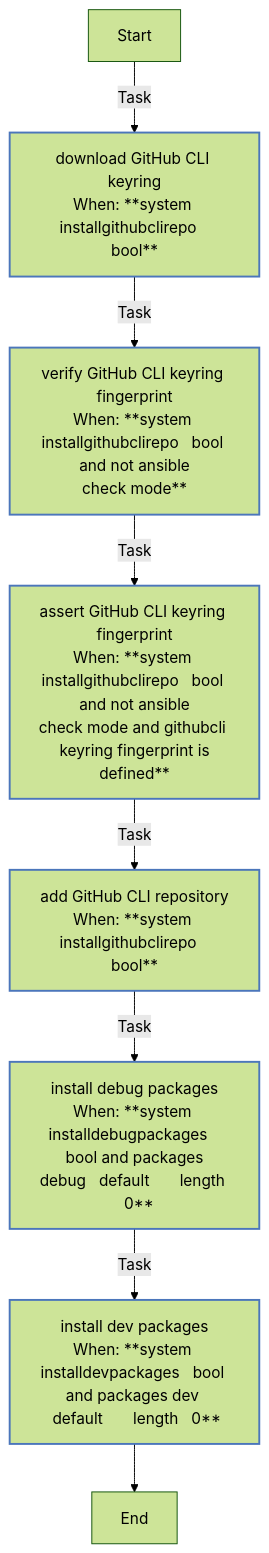
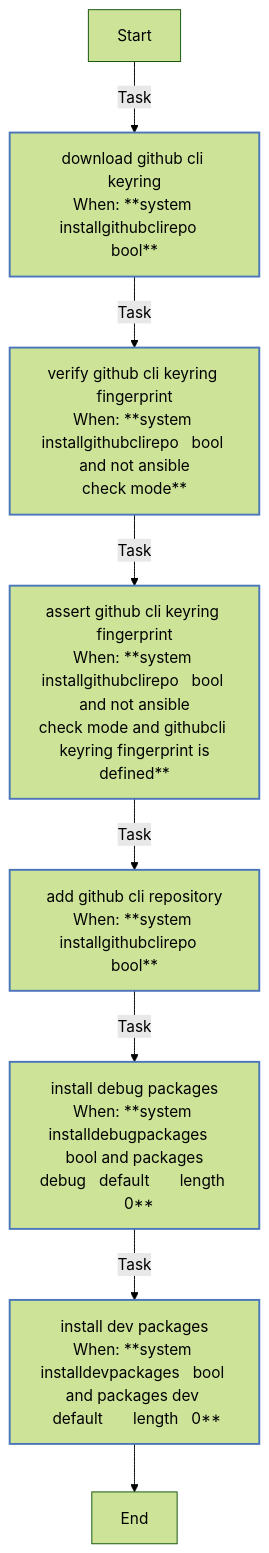
Before and after one commit to rou-cru/k3s-homelab: the second of 8 diagrams in roles/common/README.md, drawn with Mermaid (forest theme). The commit also changed other lines of this file and 57 other files, not shown here.

````diff
--- a/roles/common/README.md
+++ b/roles/common/README.md
@@ -392,20 +394,20 @@
 ```mermaid
 flowchart TD
 Start
 classDef block stroke:#3498db,stroke-width:2px;
 classDef task stroke:#4b76bb,stroke-width:2px;
 classDef includeTasks stroke:#16a085,stroke-width:2px;
 classDef importTasks stroke:#34495e,stroke-width:2px;
 classDef includeRole stroke:#2980b9,stroke-width:2px;
 classDef importRole stroke:#699ba7,stroke-width:2px;
 classDef includeVars stroke:#8e44ad,stroke-width:2px;
 classDef rescue stroke:#665352,stroke-width:2px;
 
-  Start-->|Task| Download_GitHub_CLI_keyring0[download GitHub CLI keyring<br>When: **system installgithubclirepo   bool**]:::task
-  Download_GitHub_CLI_keyring0-->|Task| Verify_GitHub_CLI_keyring_fingerprint1[verify GitHub CLI keyring fingerprint<br>When: **system installgithubclirepo   bool and not ansible<br>check mode**]:::task
-  Verify_GitHub_CLI_keyring_fingerprint1-->|Task| Assert_GitHub_CLI_keyring_fingerprint2[assert GitHub CLI keyring fingerprint<br>When: **system installgithubclirepo   bool and not ansible<br>check mode and githubcli keyring fingerprint is<br>defined**]:::task
-  Assert_GitHub_CLI_keyring_fingerprint2-->|Task| Add_GitHub_CLI_repository3[add GitHub CLI repository<br>When: **system installgithubclirepo   bool**]:::task
+  Start-->|Task| Download_GitHub_CLI_keyring0[download github cli keyring<br>When: **system installgithubclirepo   bool**]:::task
+  Download_GitHub_CLI_keyring0-->|Task| Verify_GitHub_CLI_keyring_fingerprint1[verify github cli keyring fingerprint<br>When: **system installgithubclirepo   bool and not ansible<br>check mode**]:::task
+  Verify_GitHub_CLI_keyring_fingerprint1-->|Task| Assert_GitHub_CLI_keyring_fingerprint2[assert github cli keyring fingerprint<br>When: **system installgithubclirepo   bool and not ansible<br>check mode and githubcli keyring fingerprint is<br>defined**]:::task
+  Assert_GitHub_CLI_keyring_fingerprint2-->|Task| Add_GitHub_CLI_repository3[add github cli repository<br>When: **system installgithubclirepo   bool**]:::task
   Add_GitHub_CLI_repository3-->|Task| Install_debug_packages4[install debug packages<br>When: **system installdebugpackages   bool and packages<br>debug   default       length   0**]:::task
   Install_debug_packages4-->|Task| Install_dev_packages5[install dev packages<br>When: **system installdevpackages   bool and packages dev <br> default       length   0**]:::task
   Install_dev_packages5-->End
 ```
````
